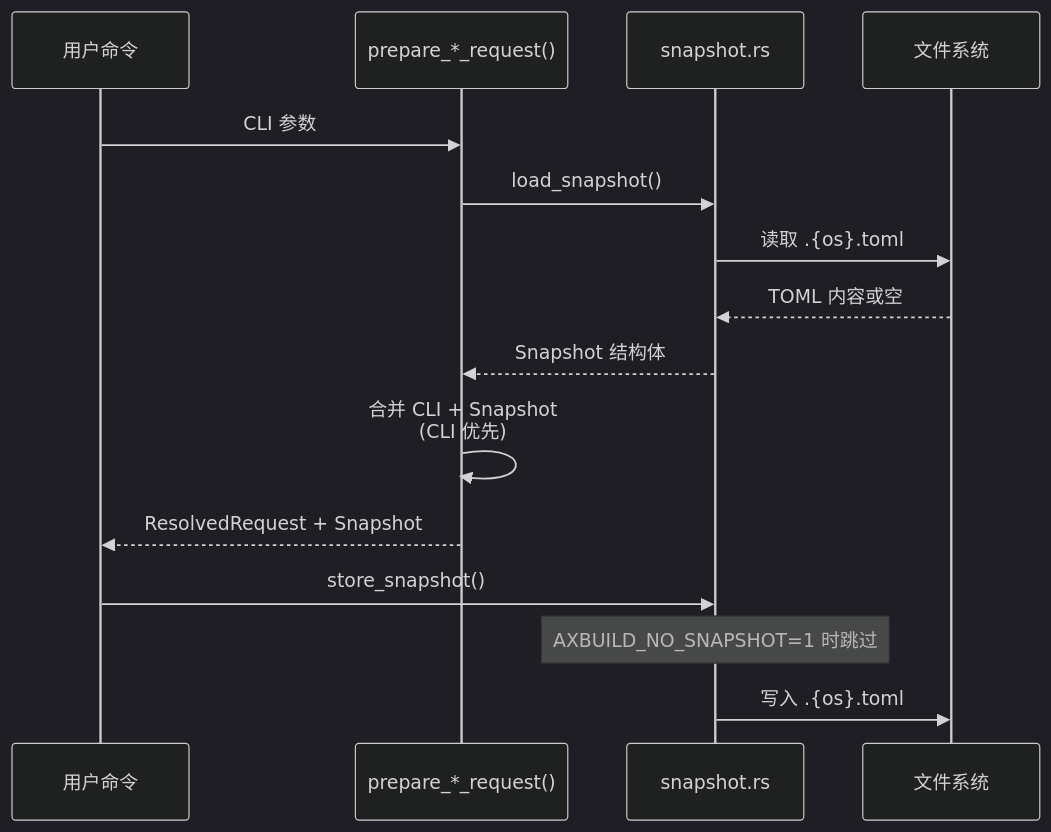
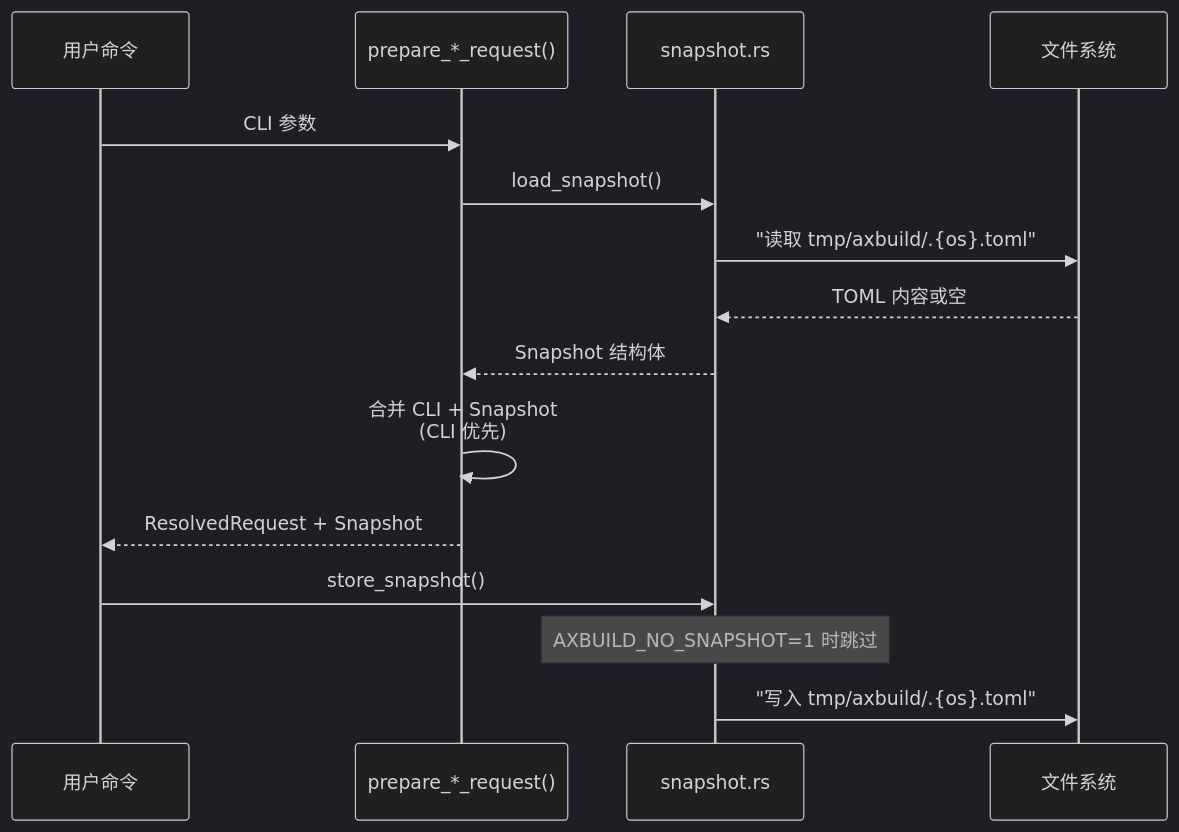
Before and after one commit to zKurisu/tgoskits: the second of 4 diagrams in docs/docs/build/configuration.md, drawn with Mermaid (dark theme). The commit also changed other lines of this file and 9 other files, not shown here.

````diff
--- a/docs/docs/build/configuration.md
+++ b/docs/docs/build/configuration.md
@@ -101,18 +107,18 @@
 ```mermaid
 sequenceDiagram
     participant CLI as 用户命令
     participant Resolve as prepare_*_request()
     participant Snap as snapshot.rs
     participant FS as 文件系统
 
     CLI->>Resolve: CLI 参数
     Resolve->>Snap: load_snapshot()
-    Snap->>FS: 读取 .{os}.toml
+    Snap->>FS: "读取 tmp/axbuild/.{os}.toml"
     FS-->>Snap: TOML 内容或空
     Snap-->>Resolve: Snapshot 结构体
     Resolve->>Resolve: 合并 CLI + Snapshot<br/>(CLI 优先)
     Resolve-->>CLI: ResolvedRequest + Snapshot
     CLI->>Snap: store_snapshot()
     Note over Snap: AXBUILD_NO_SNAPSHOT=1 时跳过
-    Snap->>FS: 写入 .{os}.toml
+    Snap->>FS: "写入 tmp/axbuild/.{os}.toml"
 ```
````
